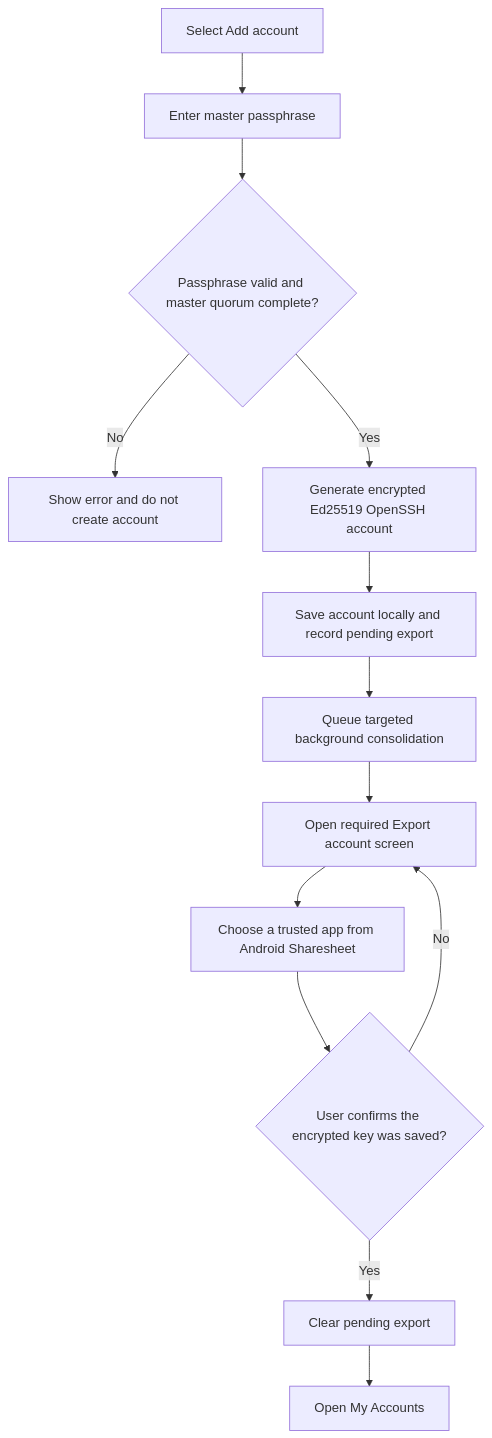
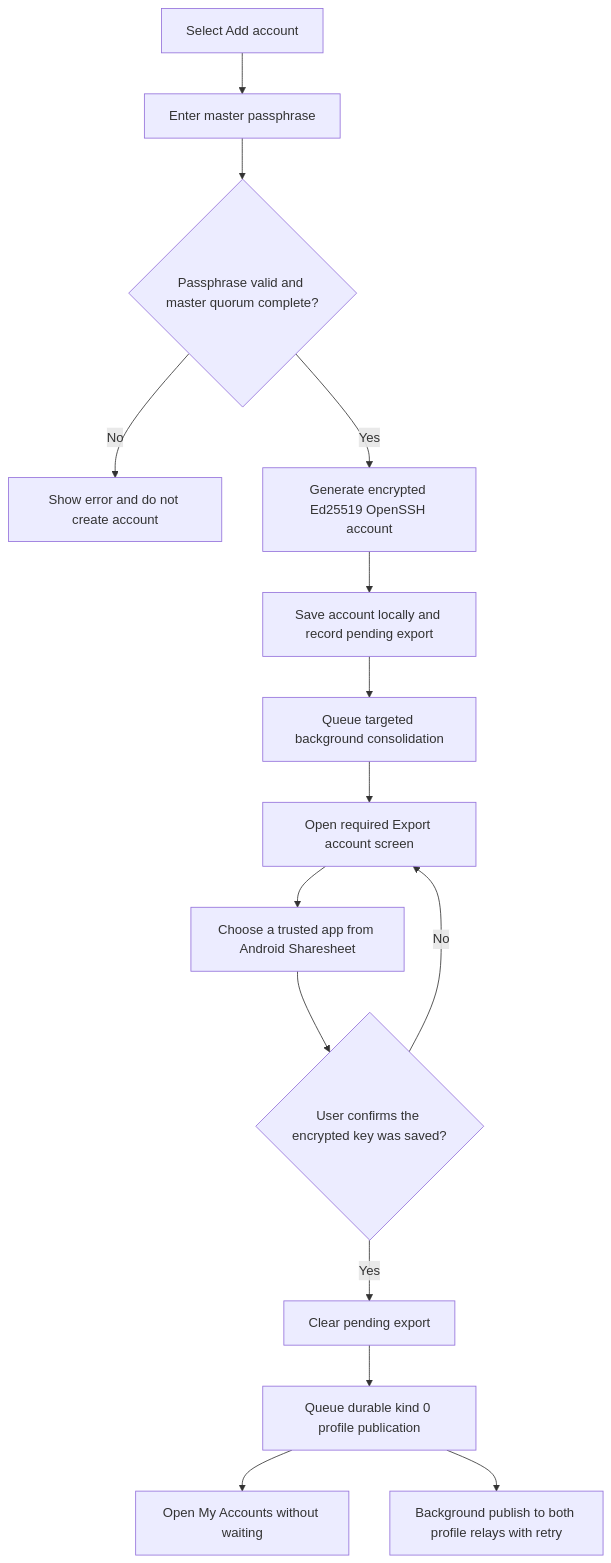
Before and after one commit to ZenTenApp/vault-kotlin: the third of 6 diagrams in docs/stakeholder/flowcharts.md, drawn with Mermaid. The commit also changed other lines of this file and 21 other files, not shown here.

````diff
--- a/docs/stakeholder/flowcharts.md
+++ b/docs/stakeholder/flowcharts.md
@@ -53,15 +53,17 @@
 ```mermaid
 flowchart TD
     Add["Select Add account"] --> EnterPassphrase["Enter master passphrase"]
     EnterPassphrase --> Check{"Passphrase valid and master quorum complete?"}
     Check -->|No| Rejected["Show error and do not create account"]
     Check -->|Yes| Generate["Generate encrypted Ed25519 OpenSSH account"]
     Generate --> Save["Save account locally and record pending export"]
     Save --> Queue["Queue targeted background consolidation"]
     Queue --> Export["Open required Export account screen"]
     Export --> Choose["Choose a trusted app from Android Sharesheet"]
     Choose --> Confirm{"User confirms the encrypted key was saved?"}
     Confirm -->|No| Export
     Confirm -->|Yes| Clear["Clear pending export"]
-    Clear --> Accounts["Open My Accounts"]
+    Clear --> QueueProfile["Queue durable kind 0 profile publication"]
+    QueueProfile --> Accounts["Open My Accounts without waiting"]
+    QueueProfile --> ProfileWorker["Background publish to both profile relays with retry"]
 ```
````
